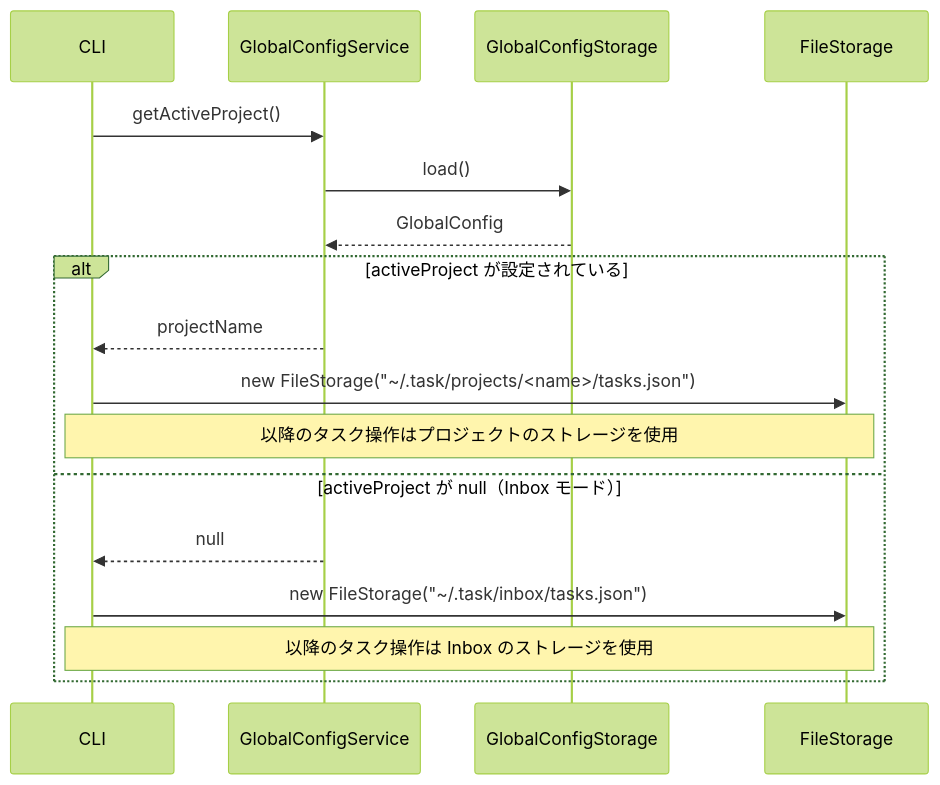
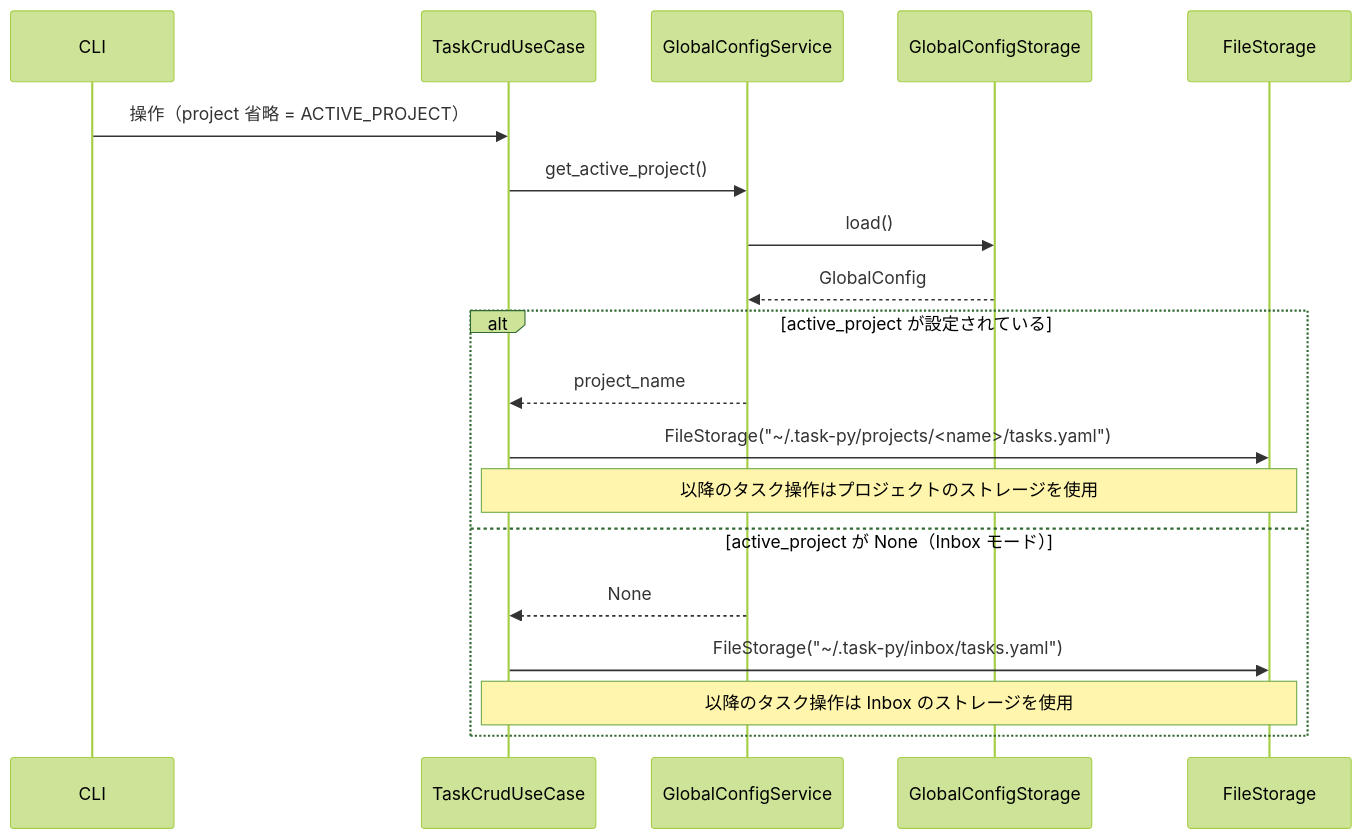
Before and after one commit to kanan4gh/dev-tasks2-py: the second of 8 diagrams in docs/functional-design.md, drawn with Mermaid (forest theme). The commit also changed other lines of this file and 5 other files, not shown here.

````diff
--- a/docs/functional-design.md
+++ b/docs/functional-design.md
@@ -553,20 +518,22 @@
 ```mermaid
 sequenceDiagram
     participant CLI
+    participant UseCase as TaskCrudUseCase
     participant GlobalConfigService
     participant GlobalConfigStorage
     participant FileStorage
 
-    CLI->>GlobalConfigService: getActiveProject()
+    CLI->>UseCase: 操作（project 省略 = ACTIVE_PROJECT）
+    UseCase->>GlobalConfigService: get_active_project()
     GlobalConfigService->>GlobalConfigStorage: load()
     GlobalConfigStorage-->>GlobalConfigService: GlobalConfig
-    alt activeProject が設定されている
-        GlobalConfigService-->>CLI: projectName
-        CLI->>FileStorage: new FileStorage("~/.task/projects/<name>/tasks.json")
-        Note over CLI,FileStorage: 以降のタスク操作はプロジェクトのストレージを使用
-    else activeProject が null（Inbox モード）
-        GlobalConfigService-->>CLI: null
-        CLI->>FileStorage: new FileStorage("~/.task/inbox/tasks.json")
-        Note over CLI,FileStorage: 以降のタスク操作は Inbox のストレージを使用
+    alt active_project が設定されている
+        GlobalConfigService-->>UseCase: project_name
+        UseCase->>FileStorage: FileStorage("~/.task-py/projects/<name>/tasks.yaml")
+        Note over UseCase,FileStorage: 以降のタスク操作はプロジェクトのストレージを使用
+    else active_project が None（Inbox モード）
+        GlobalConfigService-->>UseCase: None
+        UseCase->>FileStorage: FileStorage("~/.task-py/inbox/tasks.yaml")
+        Note over UseCase,FileStorage: 以降のタスク操作は Inbox のストレージを使用
     end
 ```
````
